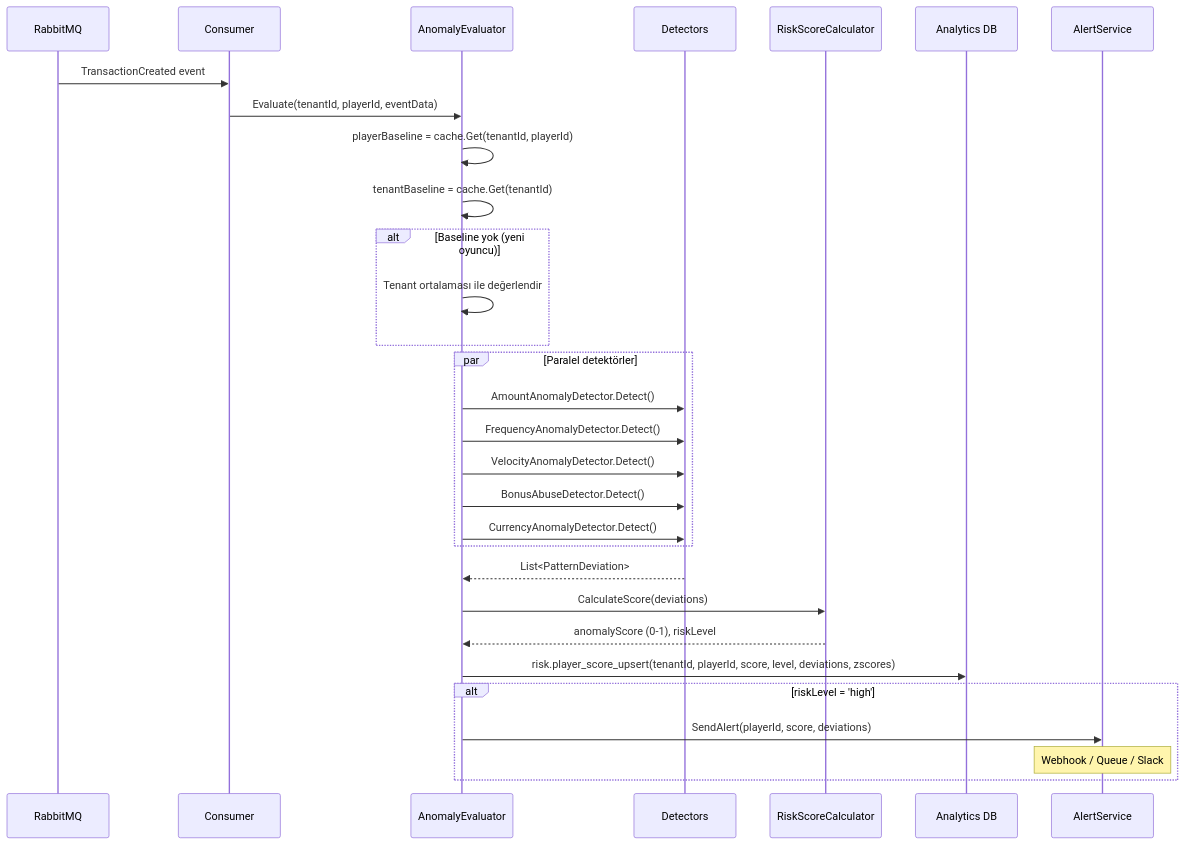
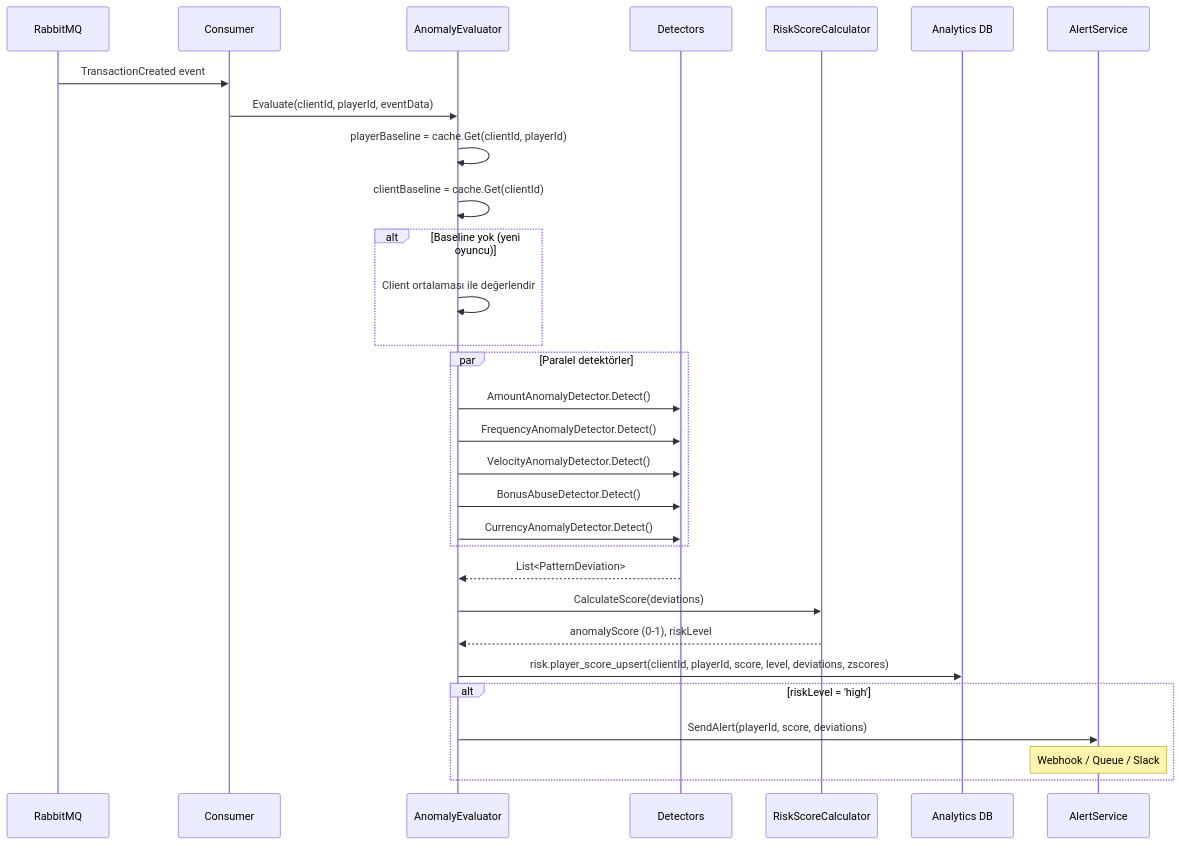
The fifth of 6 diagrams in .docs/guides/REPORT_CLUSTER_BACKEND.md (frhtshn/One.DB), drawn with Mermaid before and after one commit. The commit also changed other lines of this file and 442 other files, not shown here.

First line of the commit message:
Nucleo → Sortis One ve tenant → client içerik güncellemeleri

````diff
--- a/.docs/guides/REPORT_CLUSTER_BACKEND.md
+++ b/.docs/guides/REPORT_CLUSTER_BACKEND.md
@@ -429,39 +429,39 @@
 ```mermaid
 sequenceDiagram
     participant MQ as RabbitMQ
     participant C as Consumer
     participant E as AnomalyEvaluator
     participant D as Detectors
     participant S as RiskScoreCalculator
     participant DB as Analytics DB
     participant A as AlertService
 
     MQ->>C: TransactionCreated event
-    C->>E: Evaluate(tenantId, playerId, eventData)
+    C->>E: Evaluate(clientId, playerId, eventData)
 
-    E->>E: playerBaseline = cache.Get(tenantId, playerId)
-    E->>E: tenantBaseline = cache.Get(tenantId)
+    E->>E: playerBaseline = cache.Get(clientId, playerId)
+    E->>E: clientBaseline = cache.Get(clientId)
 
     alt Baseline yok (yeni oyuncu)
-        E->>E: Tenant ortalaması ile değerlendir
+        E->>E: Client ortalaması ile değerlendir
     end
 
     par Paralel detektörler
         E->>D: AmountAnomalyDetector.Detect()
         E->>D: FrequencyAnomalyDetector.Detect()
         E->>D: VelocityAnomalyDetector.Detect()
         E->>D: BonusAbuseDetector.Detect()
         E->>D: CurrencyAnomalyDetector.Detect()
     end
     D-->>E: List<PatternDeviation>
 
     E->>S: CalculateScore(deviations)
     S-->>E: anomalyScore (0-1), riskLevel
 
-    E->>DB: risk.player_score_upsert(tenantId, playerId, score, level, deviations, zscores)
+    E->>DB: risk.player_score_upsert(clientId, playerId, score, level, deviations, zscores)
 
     alt riskLevel = 'high'
         E->>A: SendAlert(playerId, score, deviations)
         Note over A: Webhook / Queue / Slack
     end
 ```
````
